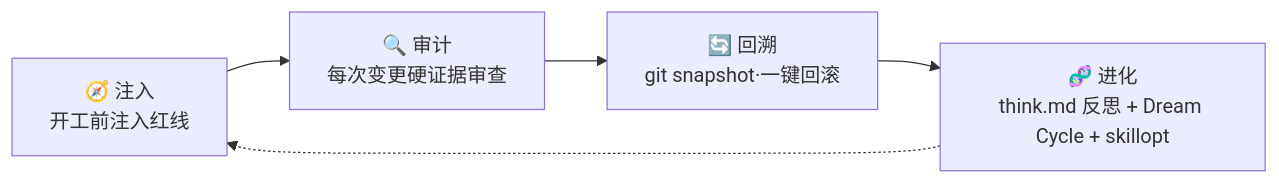
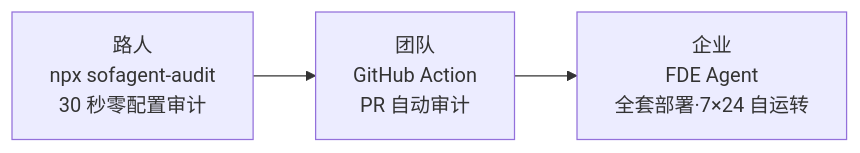
Before and after one commit to KongFangXun/sofagent: the second of 2 diagrams in README.md, drawn with Mermaid. The commit also changed other lines of this file and 345 other files, not shown here.

````diff
--- a/README.md
+++ b/README.md
@@ -371,7 +83,5 @@
 ```mermaid
-flowchart LR
-    CB[🧭 注入<br/>开工前注入红线] --> AU[🔍 审计<br/>每次变更硬证据审查]
-    AU --> RE[🔄 回溯<br/>git snapshot·一键回滚]
-    RE --> EV[🧬 进化<br/>think.md 反思 + Dream Cycle + skillopt]
-    EV -.-> CB
+graph LR
+    A["路人<br/>npx sofagent-audit<br/>30 秒零配置审计"] --> B["团队<br/>GitHub Action<br/>PR 自动审计"]
+    B --> C["企业<br/>FDE Agent<br/>全套部署·7×24 自运转"]
 ```
````
